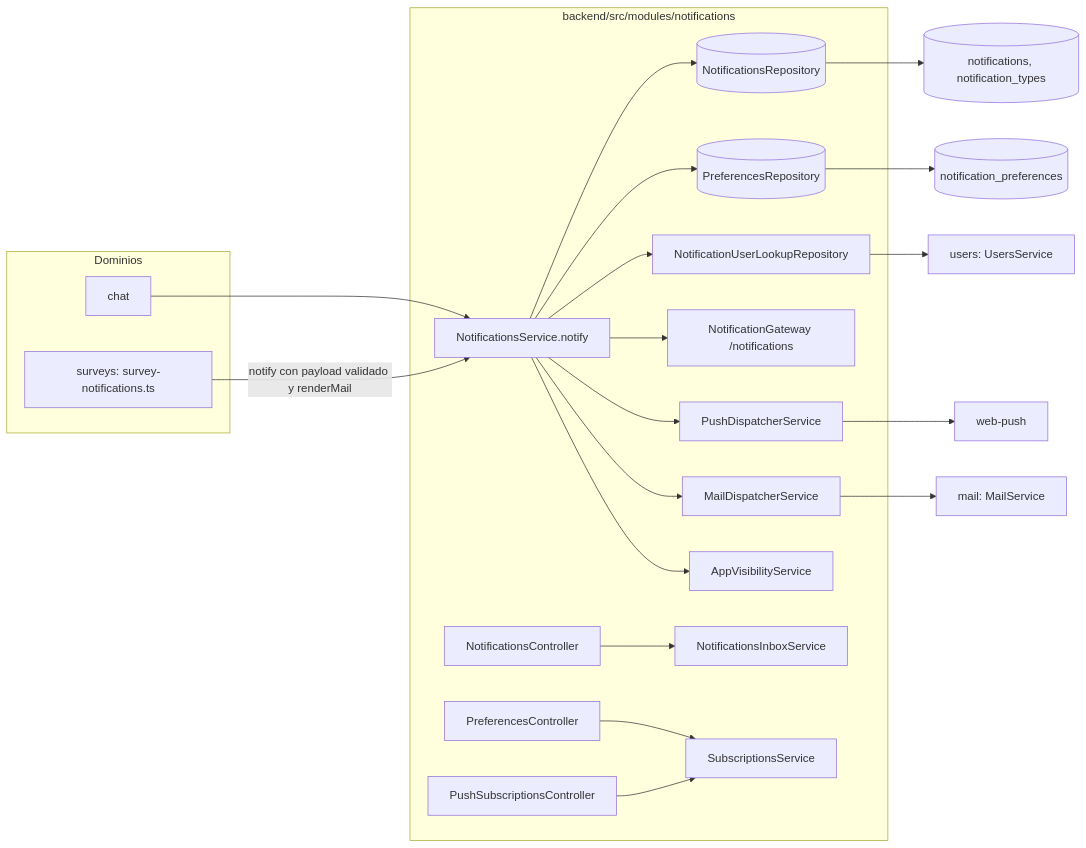
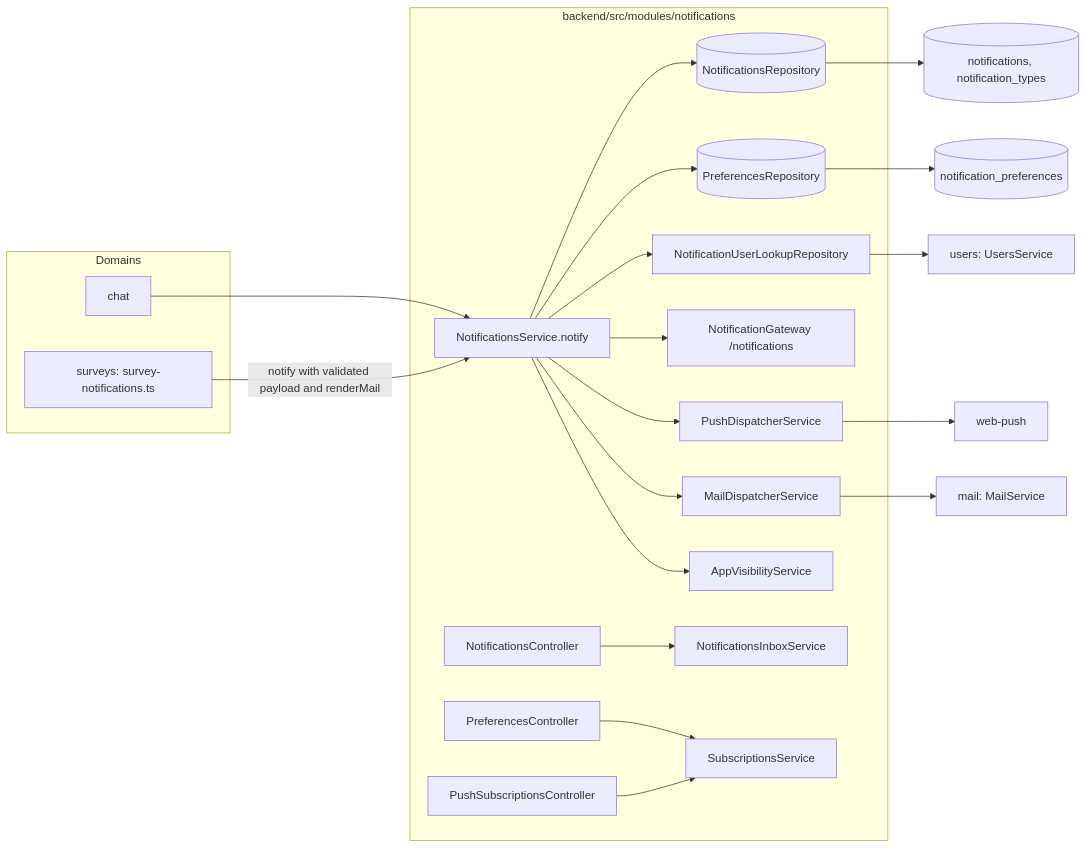
Before and after one commit to UMSSY/umssy-app: the first of 2 diagrams in docs/notifications/README.md, drawn with Mermaid. The commit also changed other lines of this file and 8 other files, not shown here.

````diff
--- a/docs/notifications/README.md
+++ b/docs/notifications/README.md
@@ -11,26 +11,26 @@
 ```mermaid
 flowchart LR
-  subgraph Dominios
+  subgraph Domains
     CH[chat]
     SV[surveys: survey-notifications.ts]
   end
   CH --> NS
-  SV -->|notify con payload validado y renderMail| NS
+  SV -->|notify with validated payload and renderMail| NS
   subgraph Backend["backend/src/modules/notifications"]
     NS[NotificationsService.notify] --> NR[(NotificationsRepository)]
     NS --> PR[(PreferencesRepository)]
     NS --> UL[NotificationUserLookupRepository]
     NS --> GW[NotificationGateway /notifications]
     NS --> PD[PushDispatcherService]
     NS --> MD[MailDispatcherService]
     NS --> AV[AppVisibilityService]
     NC[NotificationsController] --> IB[NotificationsInboxService]
     PC[PreferencesController] --> SS[SubscriptionsService]
     PSC[PushSubscriptionsController] --> SS
   end
   UL --> US[users: UsersService]
   MD --> MS[mail: MailService]
   PD --> WP[web-push]
   NR --> DB[(notifications, notification_types)]
   PR --> DB2[(notification_preferences)]
 ```
````
